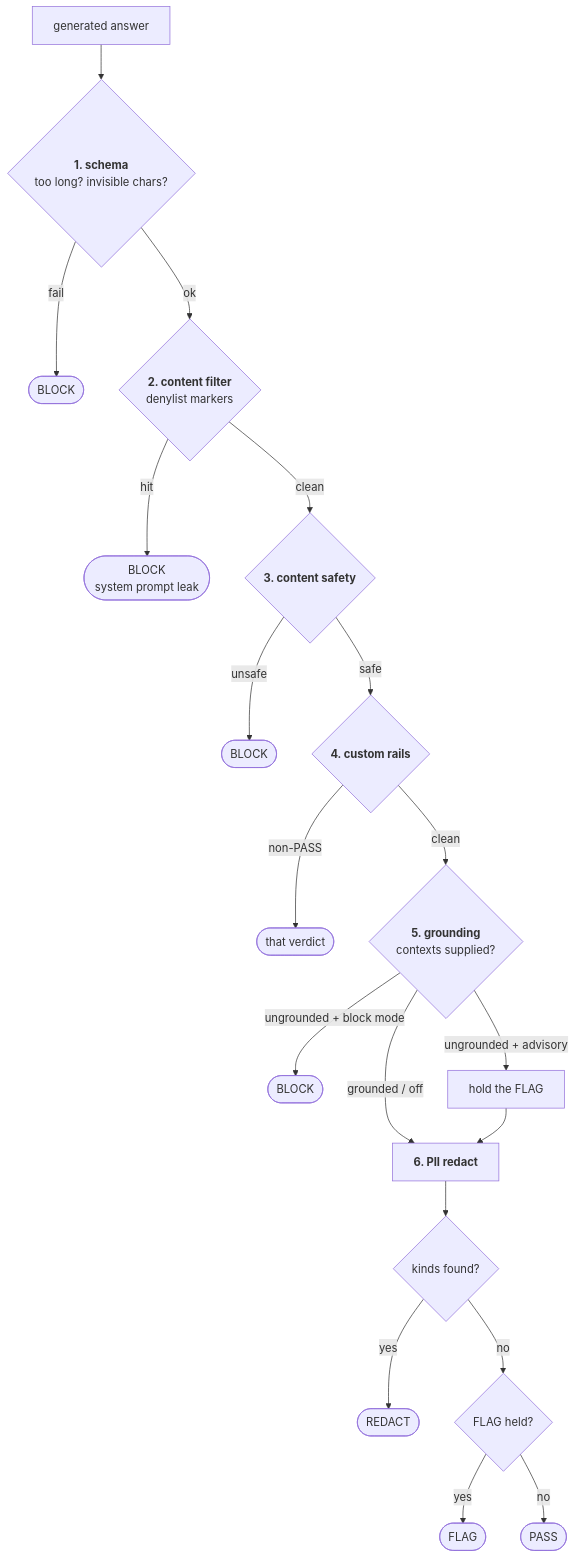
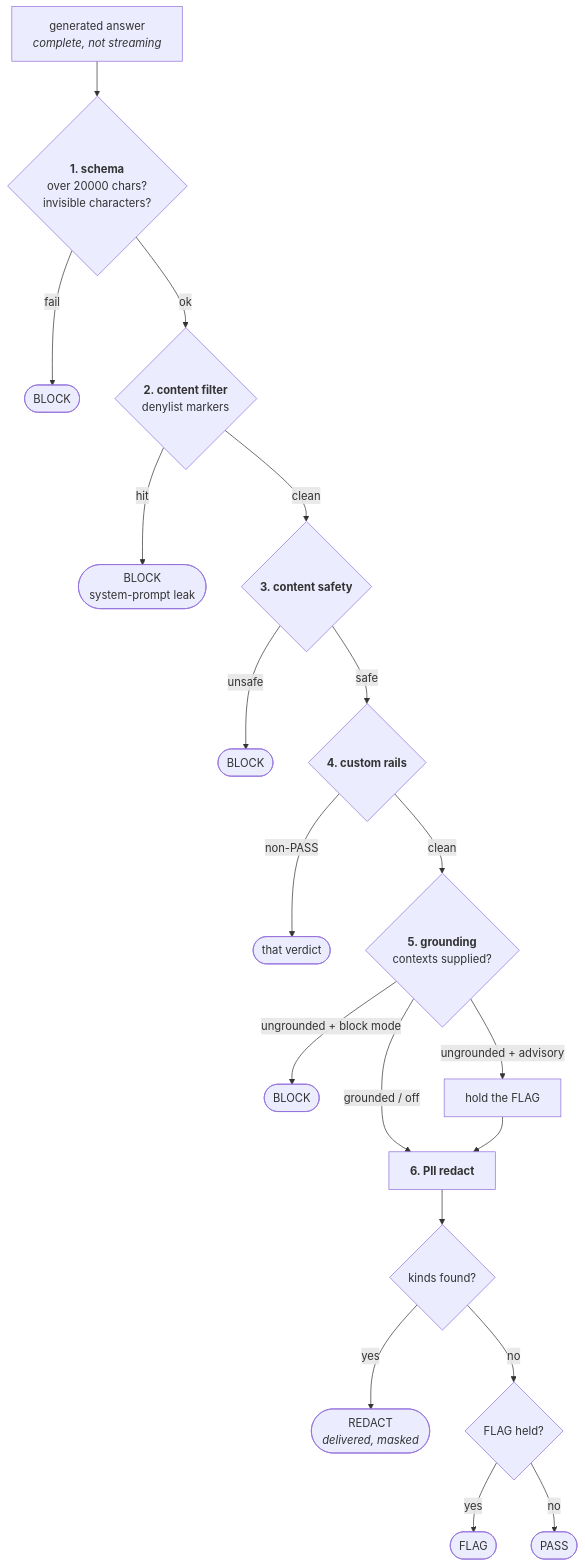
The fourth of 5 diagrams in docs/teaching/guardrails/40-diagrams.md (yrevash/aegis), drawn with Mermaid before and after one commit. The commit also changed other lines of this file and 111 other files, not shown here.

````diff
--- a/docs/teaching/guardrails/40-diagrams.md
+++ b/docs/teaching/guardrails/40-diagrams.md
@@ -158,23 +117,23 @@
 ```mermaid
 flowchart TB
-    A["generated answer"] --> S{"<b>1. schema</b><br/>too long? invisible chars?"}
+    A["generated answer<br/><i>complete, not streaming</i>"] --> S{"<b>1. schema</b><br/>over 20000 chars?<br/>invisible characters?"}
     S -->|fail| B1([BLOCK])
     S -->|ok| CF{"<b>2. content filter</b><br/>denylist markers"}
-    CF -->|hit| B2([BLOCK<br/>system prompt leak])
+    CF -->|hit| B2([BLOCK<br/>system-prompt leak])
     CF -->|clean| CS{"<b>3. content safety</b>"}
     CS -->|unsafe| B3([BLOCK])
     CS -->|safe| CU{"<b>4. custom rails</b>"}
     CU -->|non-PASS| B4([that verdict])
     CU -->|clean| G{"<b>5. grounding</b><br/>contexts supplied?"}
 
     G -->|"ungrounded + block mode"| B5([BLOCK])
     G -->|"ungrounded + advisory"| KEEP["hold the FLAG"]
     G -->|"grounded / off"| PIIR
     KEEP --> PIIR["<b>6. PII redact</b>"]
 
     PIIR --> KIND{"kinds found?"}
-    KIND -->|yes| RED([REDACT])
+    KIND -->|yes| RED([REDACT<br/><i>delivered, masked</i>])
     KIND -->|no| HELD{"FLAG held?"}
     HELD -->|yes| FL([FLAG])
     HELD -->|no| PASS([PASS])
 ```
````
